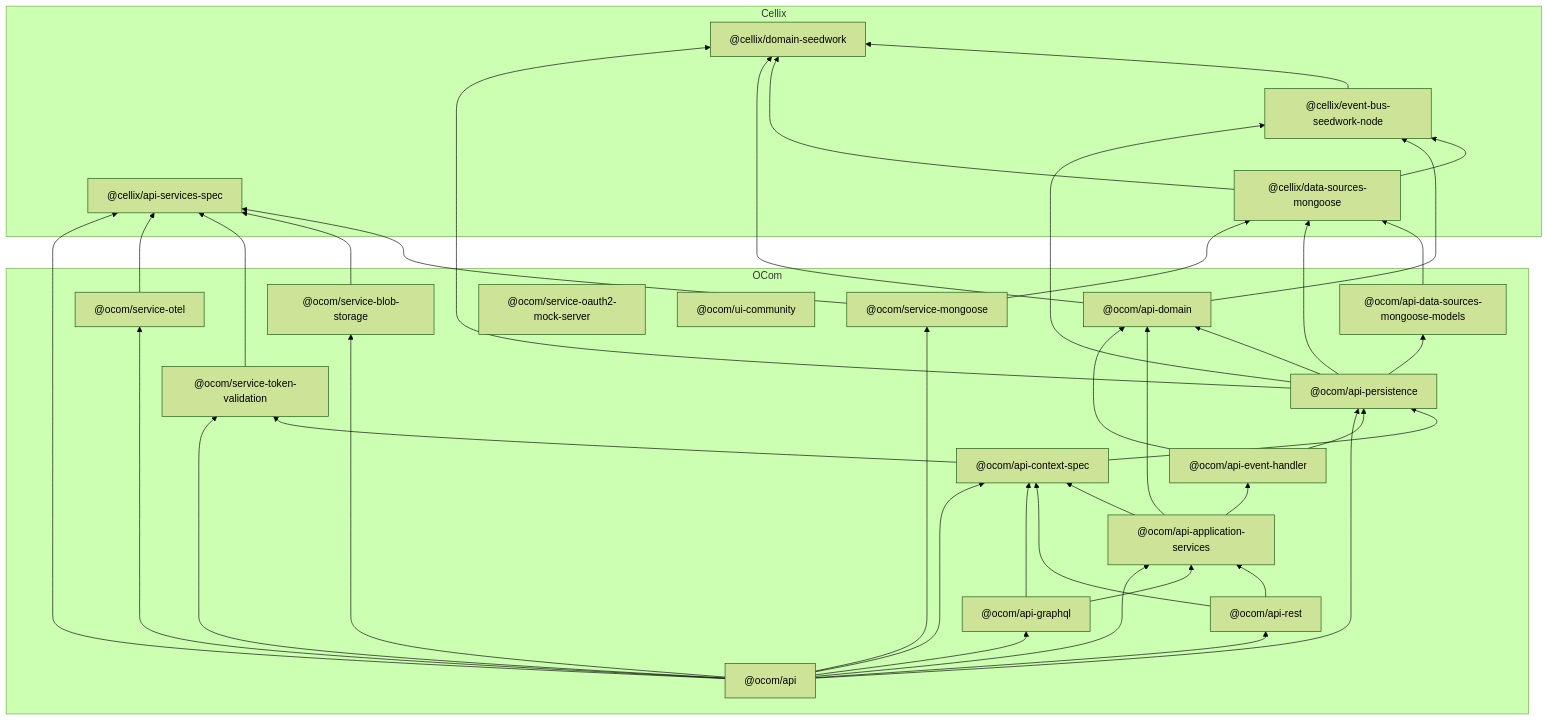
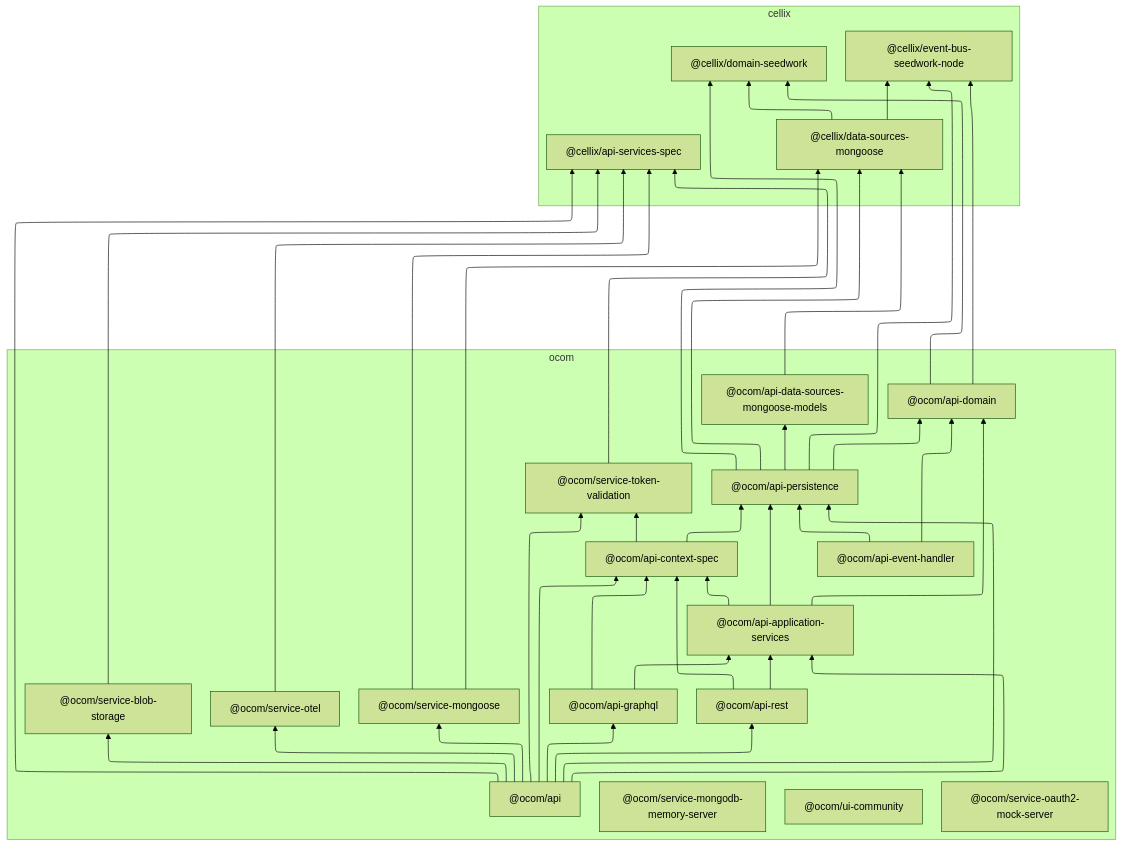
The diagram in readme.md (gidich/cellixjs), drawn with Mermaid (forest theme) before and after one commit. The commit also changed other lines of this file and 1 other file, not shown here.

Commit message:
docs: update root level README for improved clarity on prerequisites, setup, developer usage, and dependency graph

````diff
--- a/readme.md
+++ b/readme.md
@@ -70,75 +76,77 @@
 ```mermaid
-graph BT
-  %% Group by scope for readability
-  subgraph Cellix
-    cellix_api_services_spec["@cellix/api-services-spec"]
-    cellix_domain_seedwork["@cellix/domain-seedwork"]
-    cellix_event_bus_seedwork_node["@cellix/event-bus-seedwork-node"]
-    cellix_data_sources_mongoose["@cellix/data-sources-mongoose"]
-  end
-
-  subgraph OCom
+---
+config:
+    layout: elk
+---
+flowchart BT
+  %% Keep two top-level groups for clarity
+  subgraph ocom
+    direction TB
+    %% API and services
     ocom_api["@ocom/api"]
+    ocom_api_graphql["@ocom/api-graphql"]
+    ocom_api_rest["@ocom/api-rest"]
     ocom_api_application_services["@ocom/api-application-services"]
     ocom_api_context_spec["@ocom/api-context-spec"]
+    ocom_api_event_handler["@ocom/api-event-handler"]
     ocom_api_domain["@ocom/api-domain"]
-    ocom_api_event_handler["@ocom/api-event-handler"]
-    ocom_api_graphql["@ocom/api-graphql"]
     ocom_api_persistence["@ocom/api-persistence"]
-    ocom_api_rest["@ocom/api-rest"]
     ocom_api_ds_mongoose_models["@ocom/api-data-sources-mongoose-models"]
+
+    %% Infra services (OCom)
+    ocom_service_mongoose["@ocom/service-mongoose"]
     ocom_service_blob_storage["@ocom/service-blob-storage"]
-    ocom_service_mongoose["@ocom/service-mongoose"]
     ocom_service_otel["@ocom/service-otel"]
     ocom_service_token_validation["@ocom/service-token-validation"]
+
+    %% Local dev + UI
     ocom_service_oauth2_mock_server["@ocom/service-oauth2-mock-server"]
+    ocom_service_mongodb_memory_server["@ocom/service-mongodb-memory-server"]
     ocom_ui_community["@ocom/ui-community"]
   end
 
-  %% Base seedwork relations
-  cellix_event_bus_seedwork_node --> cellix_domain_seedwork
+  subgraph cellix
+    direction TB
+    cellix_api_services_spec["@cellix/api-services-spec"]
+    cellix_data_sources_mongoose["@cellix/data-sources-mongoose"]
+    cellix_domain_seedwork["@cellix/domain-seedwork"]
+    cellix_event_bus_seedwork_node["@cellix/event-bus-seedwork-node"]
+  end
+
+  %% Dependencies (left -> right for cleaner routing)
+  %% Cellix base
   cellix_data_sources_mongoose --> cellix_domain_seedwork
   cellix_data_sources_mongoose --> cellix_event_bus_seedwork_node
 
-  %% Domain and persistence
+  %% OCom -> Cellix
+  ocom_api_ds_mongoose_models --> cellix_data_sources_mongoose
   ocom_api_domain --> cellix_domain_seedwork
   ocom_api_domain --> cellix_event_bus_seedwork_node
-
-  ocom_api_ds_mongoose_models --> cellix_data_sources_mongoose
-
   ocom_api_persistence --> cellix_domain_seedwork
   ocom_api_persistence --> cellix_event_bus_seedwork_node
   ocom_api_persistence --> cellix_data_sources_mongoose
+  ocom_service_mongoose --> cellix_api_services_spec
+  ocom_service_mongoose --> cellix_data_sources_mongoose
+  ocom_service_blob_storage --> cellix_api_services_spec
+  ocom_service_otel --> cellix_api_services_spec
+  ocom_service_token_validation --> cellix_api_services_spec
+
+  %% OCom internal
   ocom_api_persistence --> ocom_api_domain
   ocom_api_persistence --> ocom_api_ds_mongoose_models
-
-  %% Context and app services
   ocom_api_context_spec --> ocom_api_persistence
   ocom_api_context_spec --> ocom_service_token_validation
-
   ocom_api_application_services --> ocom_api_context_spec
   ocom_api_application_services --> ocom_api_domain
-  ocom_api_application_services --> ocom_api_event_handler
-
-  %% APIs
+  ocom_api_application_services --> ocom_api_persistence
+  ocom_api_event_handler --> ocom_api_domain
+  ocom_api_event_handler --> ocom_api_persistence
+  ocom_api_graphql --> ocom_api_application_services
+  ocom_api_graphql --> ocom_api_context_spec
   ocom_api_rest --> ocom_api_application_services
   ocom_api_rest --> ocom_api_context_spec
 
-  ocom_api_graphql --> ocom_api_application_services
-  ocom_api_graphql --> ocom_api_context_spec
-
-  ocom_api_event_handler --> ocom_api_domain
-  ocom_api_event_handler --> ocom_api_persistence
-
-  %% Services
-  ocom_service_mongoose --> cellix_api_services_spec
-  ocom_service_mongoose --> cellix_data_sources_mongoose
-
-  ocom_service_blob_storage --> cellix_api_services_spec
-  ocom_service_token_validation --> cellix_api_services_spec
-  ocom_service_otel --> cellix_api_services_spec
-
-  %% Top-level function app (composes most)
+  %% Composition
   ocom_api --> cellix_api_services_spec
   ocom_api --> ocom_api_context_spec
   ocom_api --> ocom_api_application_services
@@ -150,9 +158,8 @@
   ocom_api --> ocom_service_otel
   ocom_api --> ocom_service_token_validation
 
-  %% Isolated/independent local packages (no internal deps)
+  %% Keep these as standalone to avoid clutter
+  ocom_service_oauth2_mock_server
+  ocom_service_mongodb_memory_server
   ocom_ui_community
-  ocom_service_oauth2_mock_server
-  cellix_api_services_spec
-  cellix_domain_seedwork
-  ```
+```
````
